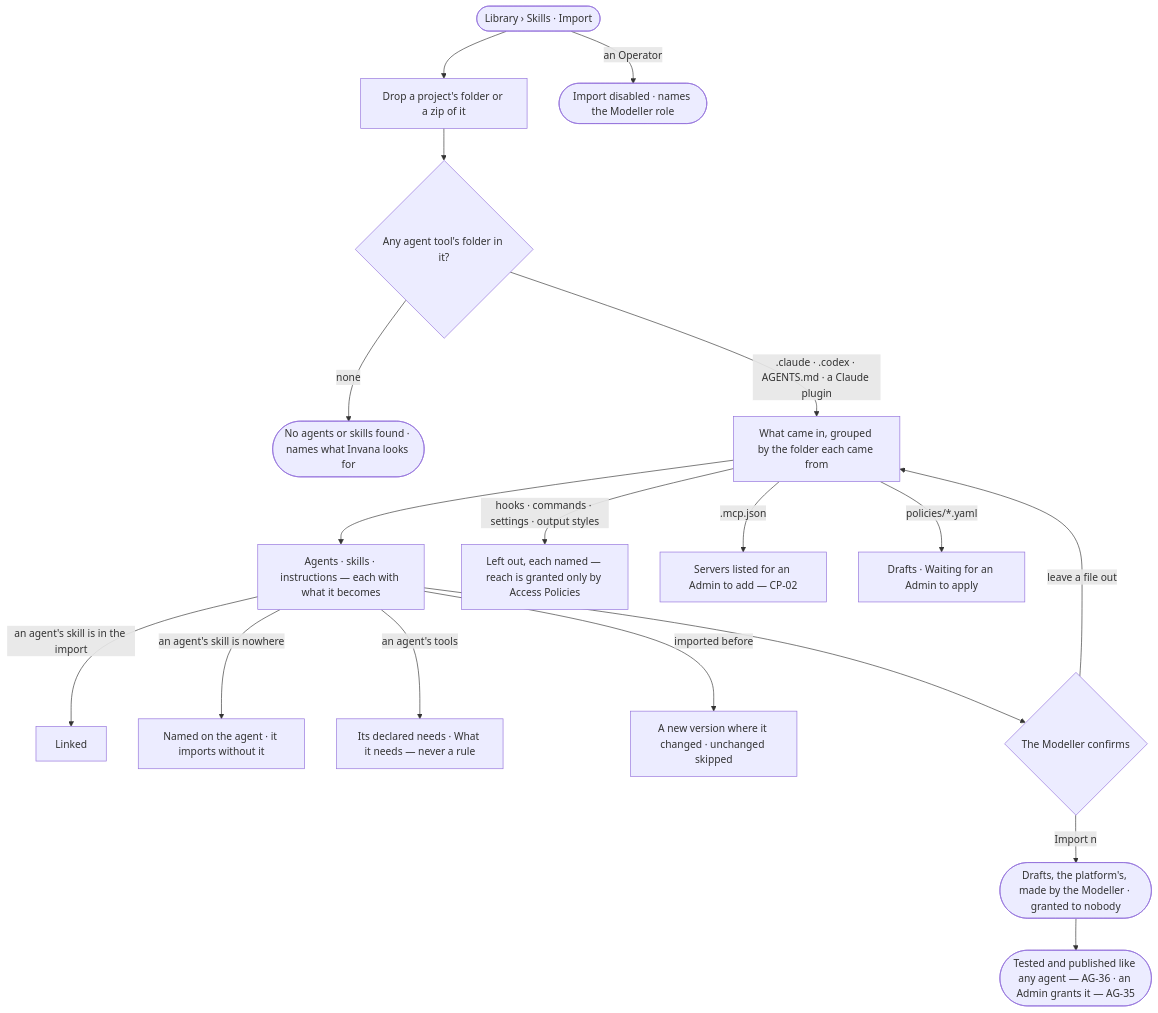
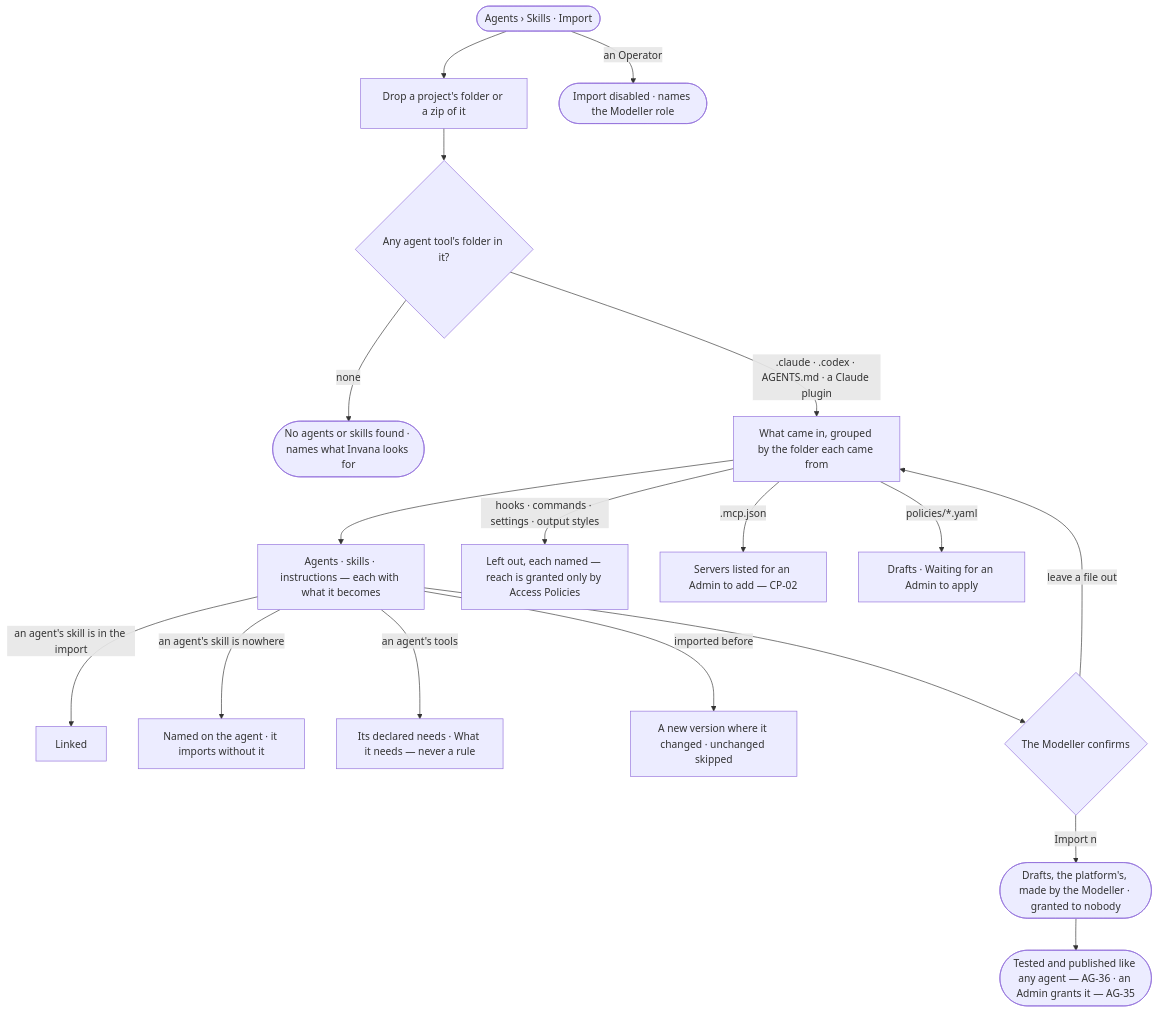
The diagram in specs/capabilities/agents/features/AG-F08-portable-agents-and-skills/stories/AG-63-bring-in-agents-and-skills-from-an-agent-tools-folder/story.md (invana/invana), drawn with Mermaid before and after one commit. The commit also changed other lines of this file and 106 other files, not shown here.

First line of the commit message:
docs(specs): access policies replace roles; Agents mode; project access

````diff
--- a/specs/capabilities/agents/features/AG-F08-portable-agents-and-skills/stories/AG-63-bring-in-agents-and-skills-from-an-agent-tools-folder/story.md
+++ b/specs/capabilities/agents/features/AG-F08-portable-agents-and-skills/stories/AG-63-bring-in-agents-and-skills-from-an-agent-tools-folder/story.md
@@ -31,20 +31,20 @@
 ```mermaid
 flowchart TD
-  a([Library › Skills · Import]) --> d["Drop a project's folder or a zip of it"]
+  a([Agents › Skills · Import]) --> d["Drop a project's folder or a zip of it"]
   d --> f{"Any agent tool's folder in it?"}
   f -->|none| n(["No agents or skills found · names what Invana looks for"])
   f -->|.claude · .codex · AGENTS.md · a Claude plugin| g["What came in, grouped by the folder each came from"]
   g --> ag["Agents · skills · instructions — each with what it becomes"]
   ag -->|an agent's skill is in the import| ln["Linked"]
   ag -->|an agent's skill is nowhere| lm["Named on the agent · it imports without it"]
   ag -->|an agent's tools| nd["Its declared needs · What it needs — never a rule"]
   g -->|hooks · commands · settings · output styles| lo["Left out, each named — reach is granted only by Access Policies"]
   g -->|.mcp.json| ms["Servers listed for an Admin to add — CP-02"]
   g -->|policies/*.yaml| pf["Drafts · Waiting for an Admin to apply"]
   ag -->|imported before| nv["A new version where it changed · unchanged skipped"]
   ag --> cf{"The Modeller confirms"}
   cf -->|Import n| s(["Drafts, the platform's, made by the Modeller · granted to nobody"])
   cf -->|leave a file out| g
   s --> t(["Tested and published like any agent — AG-36 · an Admin grants it — AG-35"])
   a -->|an Operator| no(["Import disabled · names the Modeller role"])
 ```
````
